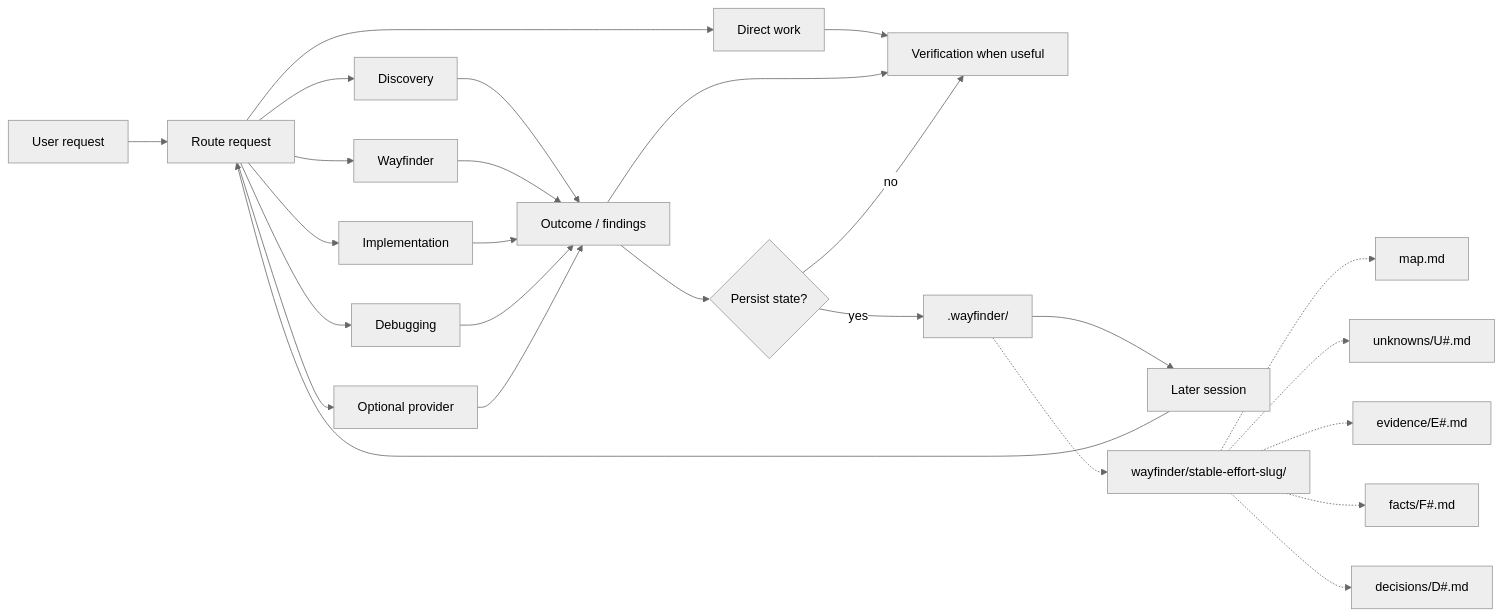
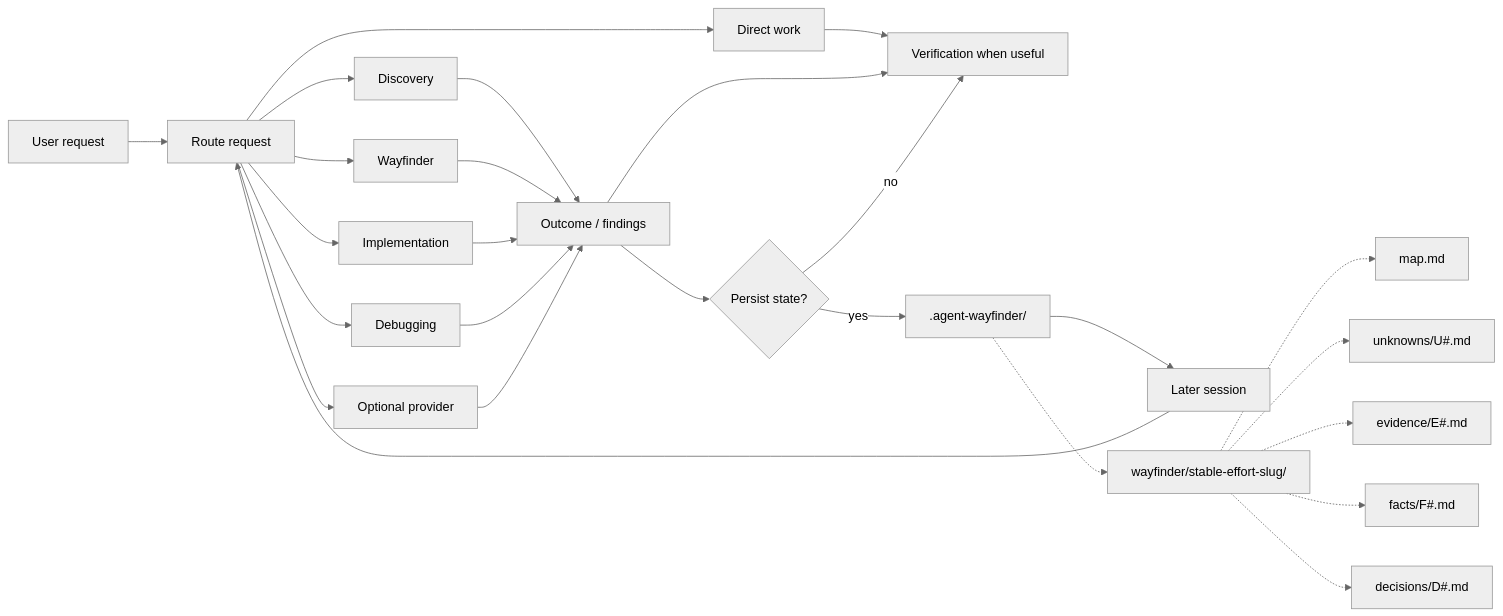
The diagram in README.md (jimmfan/agentic-workflow), drawn with Mermaid (neutral theme) before and after one commit. The commit also changed other lines of this file and 359 other files, not shown here.

````diff
--- a/README.md
+++ b/README.md
@@ -53,35 +74,35 @@
 ```mermaid
 flowchart LR
     request["User request"] --> router["Route request"]
 
     router --> direct["Direct work"]
     router --> discovery["Discovery"]
     router --> wayfinder["Wayfinder"]
     router --> implementation["Implementation"]
     router --> debugging["Debugging"]
     router --> provider["Optional provider"]
 
     discovery --> result["Outcome / findings"]
     wayfinder --> result
     implementation --> result
     debugging --> result
     provider --> result
 
     direct --> verify["Verification when useful"]
     result --> verify
 
     result --> durable{"Persist state?"}
     durable -->|no| verify
-    durable -->|yes| state[".wayfinder/"]
+    durable -->|yes| state[".agent-wayfinder/"]
 
     state --> resume["Later session"]
     resume --> router
 
     state -.-> wfstate["wayfinder/stable-effort-slug/"]
     wfstate -.-> map["map.md"]
     wfstate -.-> unknowns["unknowns/U#.md"]
     wfstate -.-> evidence["evidence/E#.md"]
     wfstate -.-> facts["facts/F#.md"]
     wfstate -.-> decisions["decisions/D#.md"]
 
 ```
````
